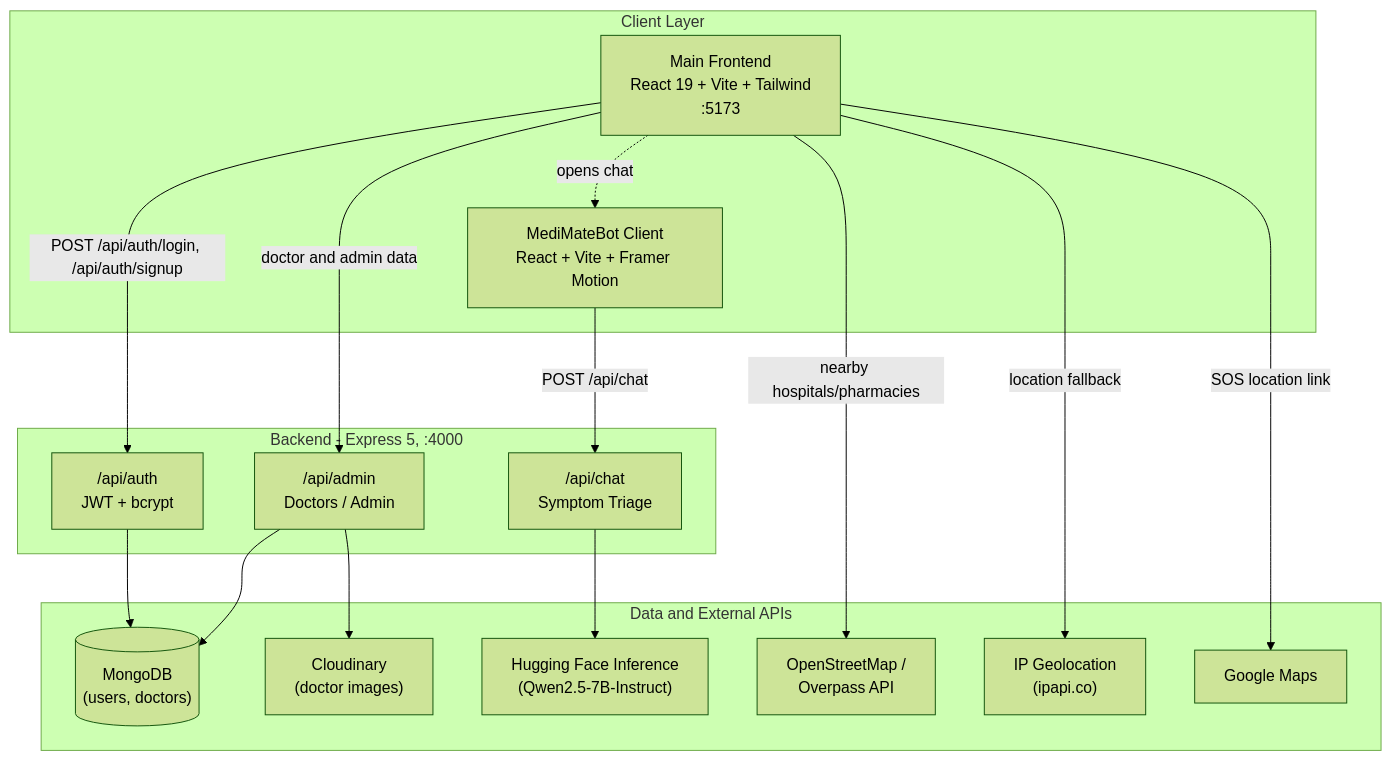
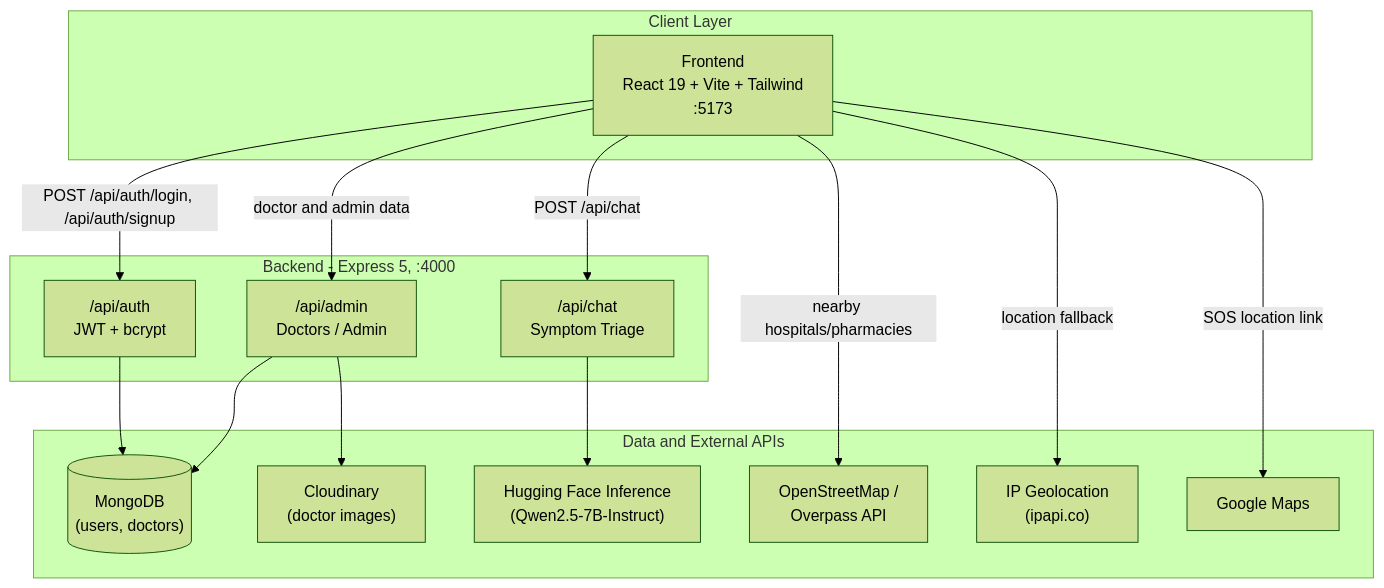
The first of 4 diagrams in README.md (coffeecookey/mediMate), drawn with Mermaid (forest theme) before and after one commit. The commit also changed other lines of this file and 36 other files, not shown here.

````diff
--- a/README.md
+++ b/README.md
@@ -88,34 +88,32 @@
 ```mermaid
 flowchart TB
     subgraph Client["Client Layer"]
-        FE["Main Frontend<br/>React 19 + Vite + Tailwind<br/>:5173"]
-        BOTUI["MediMateBot Client<br/>React + Vite + Framer Motion"]
+        FE["Frontend<br/>React 19 + Vite + Tailwind<br/>:5173"]
     end
 
     subgraph Backend["Backend - Express 5, :4000"]
         ADMIN["/api/admin<br/>Doctors / Admin"]
         AUTHR["/api/auth<br/>JWT + bcrypt"]
         CHATR["/api/chat<br/>Symptom Triage"]
     end
 
     subgraph Data["Data and External APIs"]
         MONGO[("MongoDB<br/>(users, doctors)")]
         CLOUD["Cloudinary<br/>(doctor images)"]
         HF["Hugging Face Inference<br/>(Qwen2.5-7B-Instruct)"]
         OSM["OpenStreetMap /<br/>Overpass API"]
         GEO["IP Geolocation<br/>(ipapi.co)"]
         GMAPS["Google Maps"]
     end
 
     FE -->|"POST /api/auth/login, /api/auth/signup"| AUTHR
     FE -->|"doctor and admin data"| ADMIN
     FE -->|"nearby hospitals/pharmacies"| OSM
     FE -->|"location fallback"| GEO
     FE -->|"SOS location link"| GMAPS
-    FE -. "opens chat" .-> BOTUI
-    BOTUI -->|"POST /api/chat"| CHATR
+    FE -->|"POST /api/chat"| CHATR
     CHATR --> HF
     AUTHR --> MONGO
     ADMIN --> MONGO
     ADMIN --> CLOUD
 ```
````
